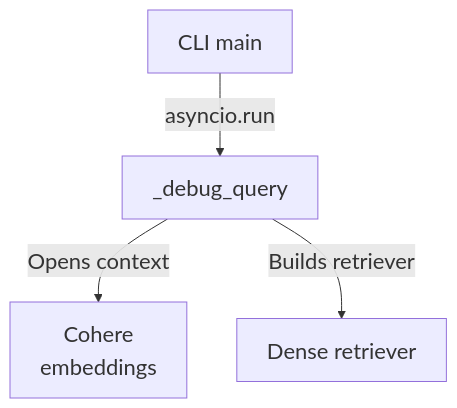
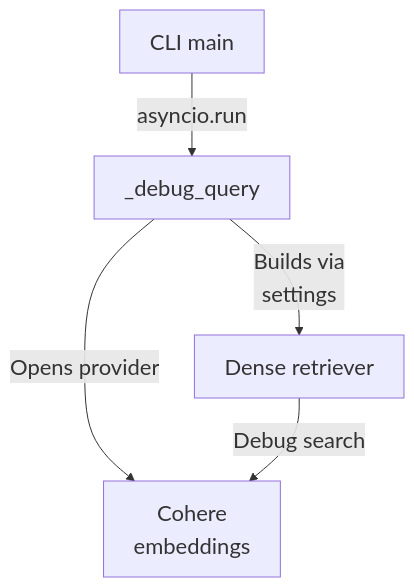
The diagram in maps/retrieval/diagram-03.mmd (Justin-Mendoza/Afterclass), drawn with Mermaid before and after one commit. The commit also changed 83 other files, not shown here.

```diff
--- a/maps/retrieval/diagram-03.mmd
+++ b/maps/retrieval/diagram-03.mmd
@@ -1,9 +1,10 @@
 %%{init: {"themeVariables": {"fontSize": "22px"}}}%%
 flowchart TD
   n0["CLI main"]
   n1["_debug_query"]
   n2["Cohere<br/>embeddings"]
   n3["Dense retriever"]
   n0 -->|"asyncio.run"| n1
-  n1 -->|"Opens context"| n2
-  n1 -->|"Builds retriever"| n3
+  n1 -->|"Opens provider"| n2
+  n1 -->|"Builds via<br/>settings"| n3
+  n3 -->|"Debug search"| n2
```
